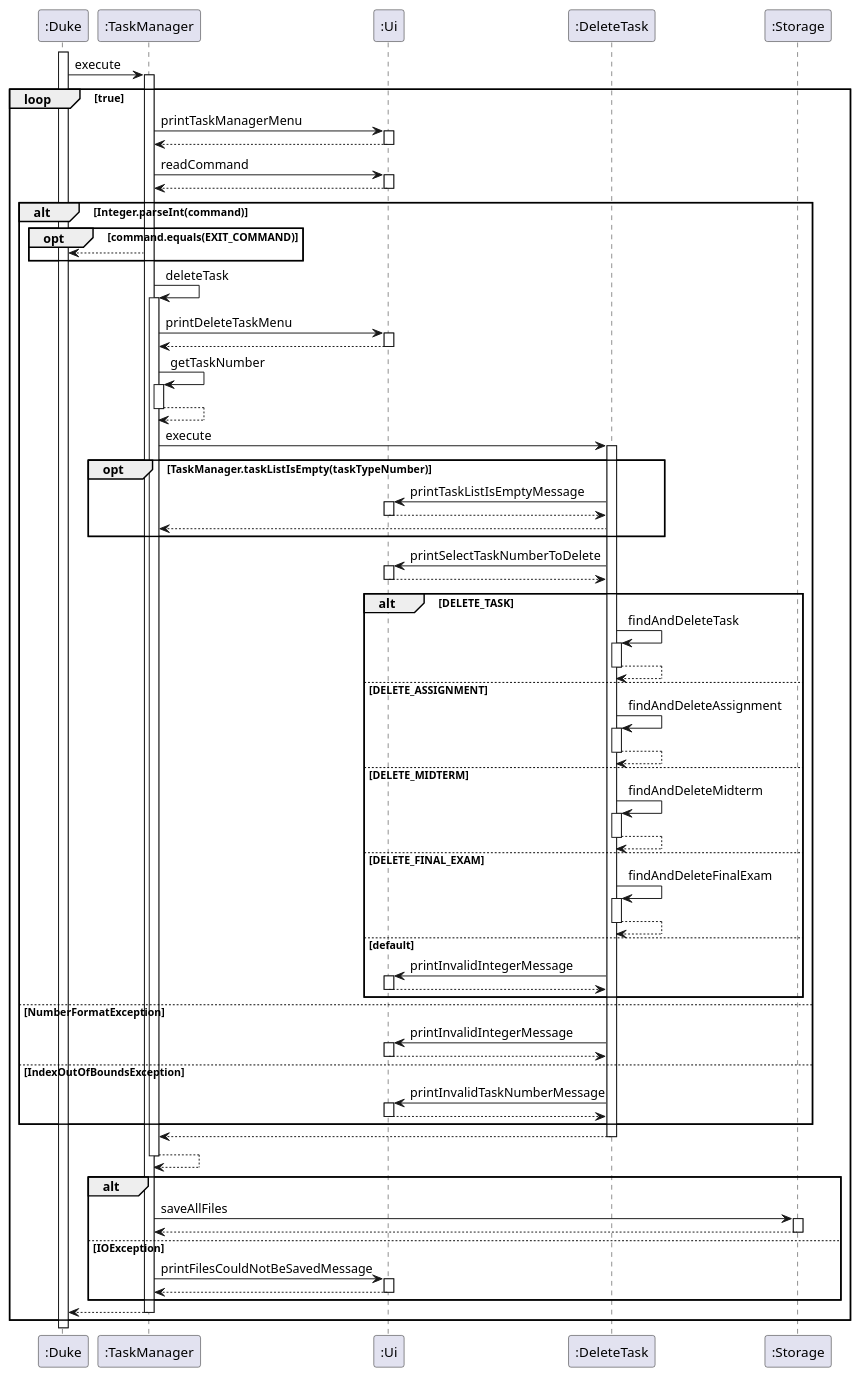
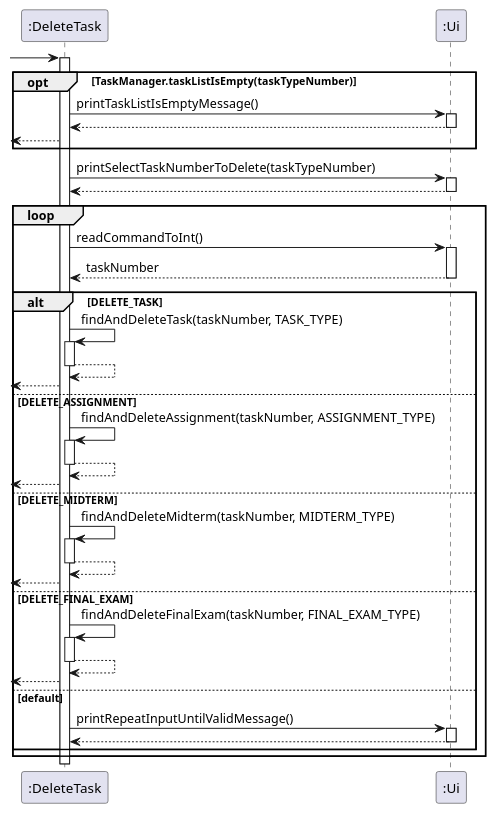
One commit to nus-cs2113-AY2021S2/tp changed the diagram in docs/diagrams/tasks/deleteATask.puml. Above: the diagram before and after it, drawn with PlantUML. The commit also changed 37 other files, not shown here.

```diff
--- a/docs/diagrams/tasks/deleteATask.puml
+++ b/docs/diagrams/tasks/deleteATask.puml
@@ -1,72 +1,42 @@
 @startuml
 
-activate ":Duke"
-":Duke" -> ":TaskManager"++ : execute
+-> ":DeleteTask"
+activate ":DeleteTask"
 
-loop true
+opt TaskManager.taskListIsEmpty(taskTypeNumber)
+":DeleteTask" -> ":Ui"++ : printTaskListIsEmptyMessage()
+return
+<---- ":DeleteTask"
+end
 
-":TaskManager" -> ":Ui"++ : printTaskManagerMenu
-return
-":TaskManager" -> ":Ui"++ : readCommand
+":DeleteTask" -> ":Ui"++ : printSelectTaskNumberToDelete(taskTypeNumber)
 return
 
-alt Integer.parseInt(command)
-    opt command.equals(EXIT_COMMAND)
-    ":TaskManager" --> ":Duke"
-    end
+loop
+":DeleteTask" -> ":Ui"++ : readCommandToInt()
+return taskNumber
 
-":TaskManager" -> ":TaskManager"++ : deleteTask
-":TaskManager" -> ":Ui"++ : printDeleteTaskMenu
+alt DELETE_TASK
+":DeleteTask" -> ":DeleteTask"++ : findAndDeleteTask(taskNumber, TASK_TYPE)
 return
-":TaskManager" -> ":TaskManager"++ : getTaskNumber
+<--- ":DeleteTask"
+else DELETE_ASSIGNMENT
+":DeleteTask" -> ":DeleteTask"++ : findAndDeleteAssignment(taskNumber, ASSIGNMENT_TYPE)
 return
-":TaskManager" -> ":DeleteTask"++ : execute
-    opt TaskManager.taskListIsEmpty(taskTypeNumber)
-    ":DeleteTask" -> ":Ui"++ : printTaskListIsEmptyMessage
-    return
-    ":DeleteTask" --> ":TaskManager"
-    end
-    ":DeleteTask" -> ":Ui"++ : printSelectTaskNumberToDelete
-    return
-    alt DELETE_TASK
-    ":DeleteTask" -> ":DeleteTask"++ : findAndDeleteTask
-    return
-    else DELETE_ASSIGNMENT
-    ":DeleteTask" -> ":DeleteTask"++ : findAndDeleteAssignment
-    return
-    else DELETE_MIDTERM
-    ":DeleteTask" -> ":DeleteTask"++ : findAndDeleteMidterm
-    return
-    else DELETE_FINAL_EXAM
-    ":DeleteTask" -> ":DeleteTask"++ : findAndDeleteFinalExam
-    return
-    else default
-    ":DeleteTask" -> ":Ui"++ : printInvalidIntegerMessage
-    return
-    end
-
-else NumberFormatException
-":DeleteTask" -> ":Ui"++ : printInvalidIntegerMessage
+<--- ":DeleteTask"
+else DELETE_MIDTERM
+":DeleteTask" -> ":DeleteTask"++ : findAndDeleteMidterm(taskNumber, MIDTERM_TYPE)
 return
-
-else IndexOutOfBoundsException
-":DeleteTask" -> ":Ui"++ : printInvalidTaskNumberMessage
+<--- ":DeleteTask"
+else DELETE_FINAL_EXAM
+":DeleteTask" -> ":DeleteTask"++ : findAndDeleteFinalExam(taskNumber, FINAL_EXAM_TYPE)
+return
+<--- ":DeleteTask"
+else default
+":DeleteTask" -> ":Ui"++ : printRepeatInputUntilValidMessage()
 return
 end
-
-return
-return
-
-alt
-":TaskManager" -> ":Storage"++ : saveAllFiles
-return
-else IOException
-":TaskManager" -> ":Ui"++ : printFilesCouldNotBeSavedMessage
-return
-end
-
-return
 
 end
 
 @enduml
```
